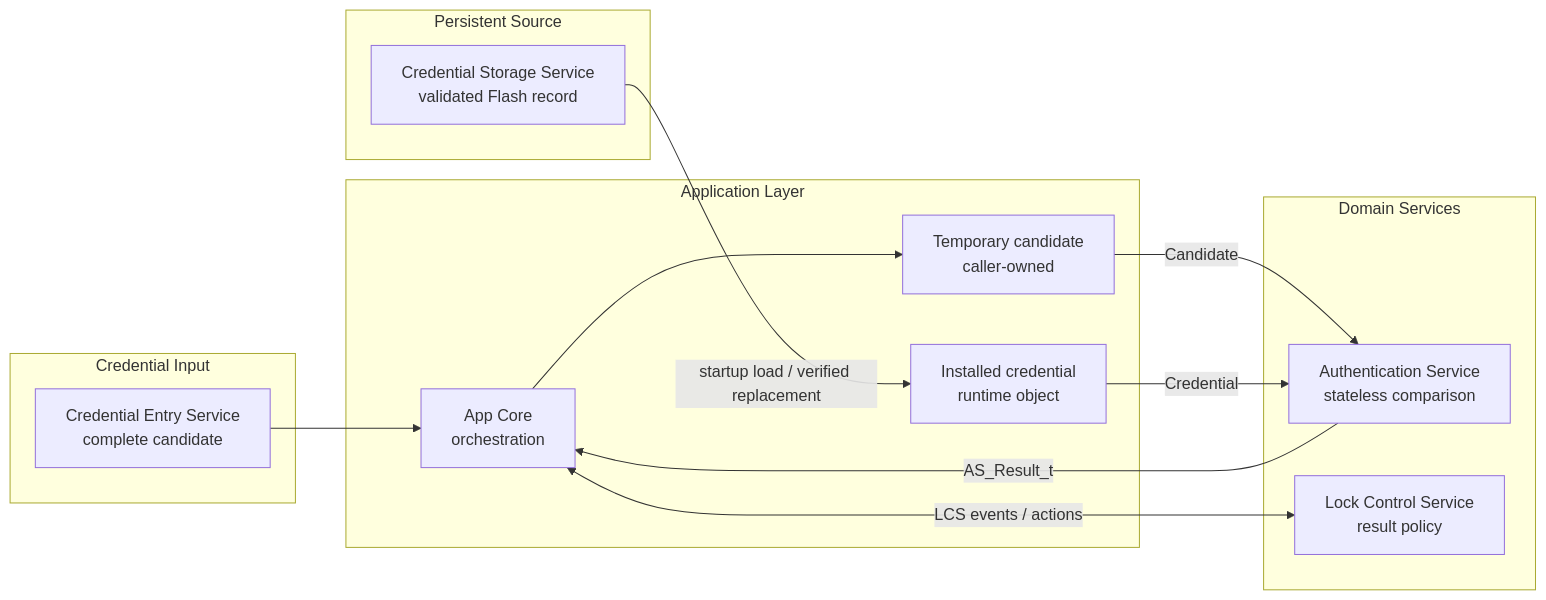
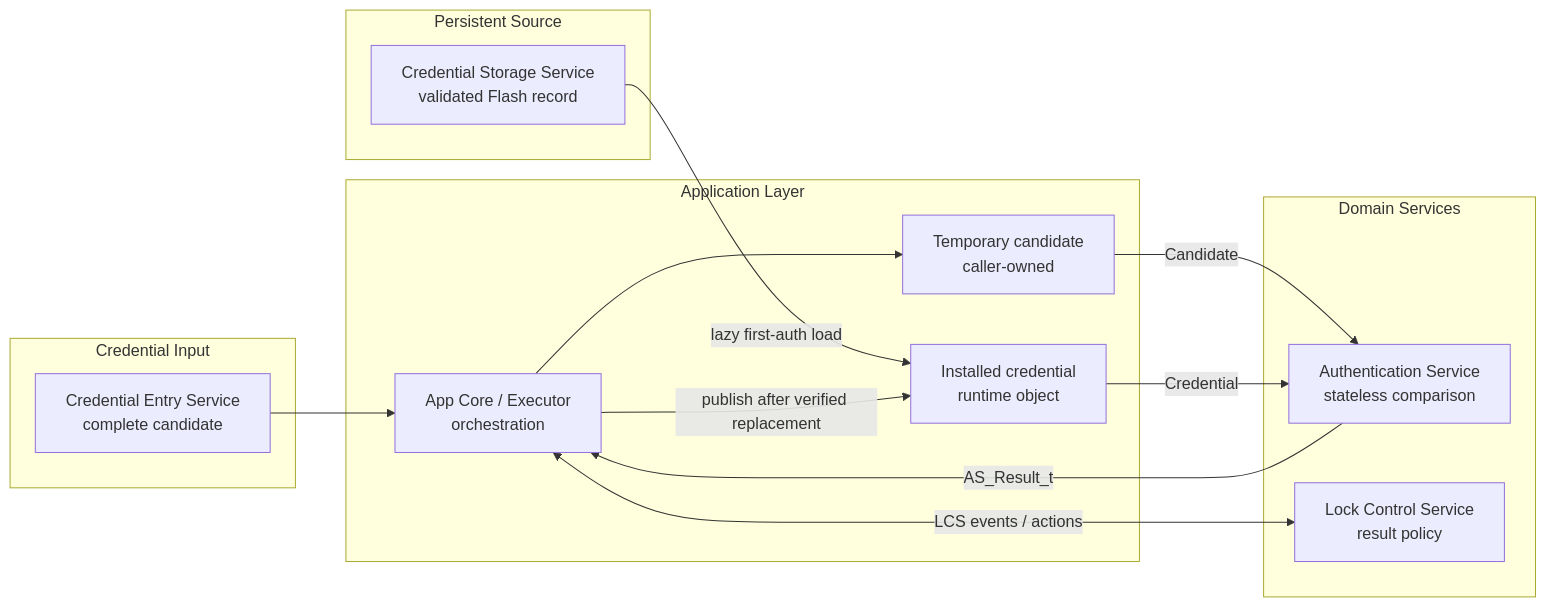
The first of 4 diagrams in Libs/Services/Authentication/README.md (JP-REY/STM32F103C8T6-Based-Electronic-Lock), drawn with Mermaid before and after one commit. The commit also changed other lines of this file and 22 other files, not shown here.

First line of the commit message:
docs: update project architecture and module documentation

````diff
--- a/Libs/Services/Authentication/README.md
+++ b/Libs/Services/Authentication/README.md
@@ -117,29 +117,30 @@
 ```mermaid
 flowchart LR
     subgraph INPUT["Credential Input"]
         CES["Credential Entry Service<br/>complete candidate"]
     end
 
     subgraph PERSISTENCE["Persistent Source"]
         CSS["Credential Storage Service<br/>validated Flash record"]
     end
 
     subgraph APP["Application Layer"]
-        CORE["App Core<br/>orchestration"]
+        CORE["App Core / Executor<br/>orchestration"]
         CANDIDATE["Temporary candidate<br/>caller-owned"]
         RUNTIME["Installed credential<br/>runtime object"]
     end
 
     subgraph SERVICES["Domain Services"]
         AUTH["Authentication Service<br/>stateless comparison"]
         LCS["Lock Control Service<br/>result policy"]
     end
 
     CES --> CORE
     CORE --> CANDIDATE
-    CSS -->|"startup load / verified replacement"| RUNTIME
+    CSS -->|"lazy first-auth load"| RUNTIME
+    CORE -->|"publish after verified replacement"| RUNTIME
     CANDIDATE -->|"Candidate"| AUTH
     RUNTIME -->|"Credential"| AUTH
     AUTH -->|"AS_Result_t"| CORE
     CORE <-->|"LCS events / actions"| LCS
 ```
````
